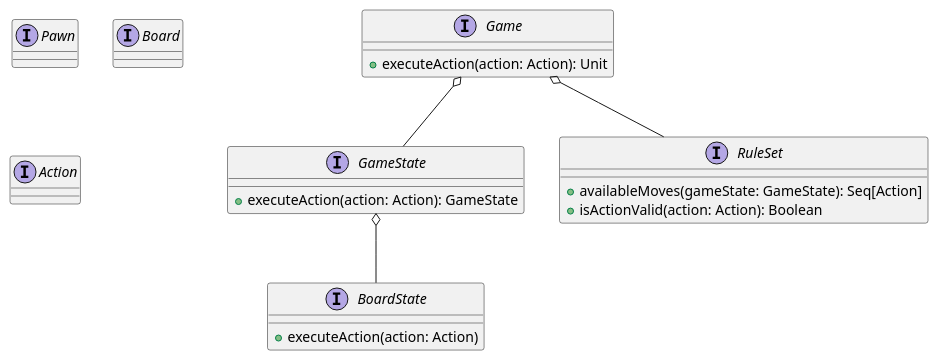
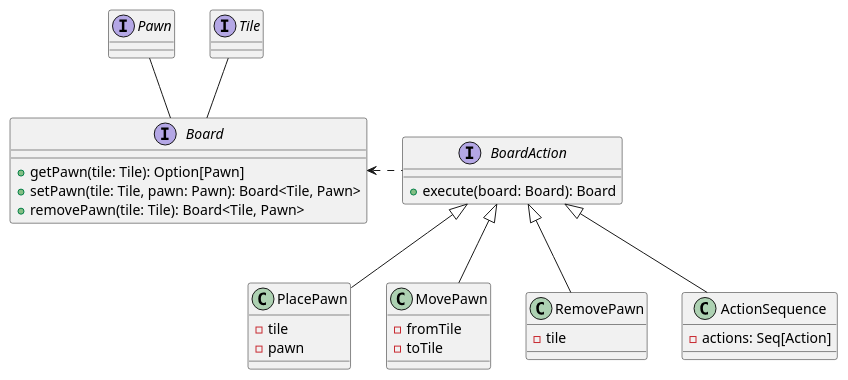
The diagram in doc/modeling/calss-diagram.plantuml (francescodente/PPS-19-s-bags), drawn with PlantUML before and after one commit. The commit also changed 1 other file, not shown here.

Commit message:
docs: improve uml class diagram

```diff
--- a/doc/modeling/calss-diagram.plantuml
+++ b/doc/modeling/calss-diagram.plantuml
@@ -1,30 +1,45 @@
 @startuml sbags-class
 
 interface Pawn
 
-interface Board
+interface Tile
 
-interface Action
-
-interface BoardState {
-    +executeAction(action: Action)
+interface Board {
+    +getPawn(tile: Tile): Option[Pawn]
+    +setPawn(tile: Tile, pawn: Pawn): Board<Tile, Pawn>
+    +removePawn(tile: Tile): Board<Tile, Pawn>
 }
 
-interface GameState {
-    +executeAction(action: Action): GameState
+interface BoardAction {
+    +execute(board: Board): Board
 }
 
-interface RuleSet {
-    +availableMoves(gameState: GameState): Seq[Action]
-    +isActionValid(action: Action): Boolean
+class PlacePawn {
+    -tile
+    -pawn
 }
 
-interface Game {
-    +executeAction(action: Action): Unit
+class MovePawn {
+    -fromTile
+    -toTile
 }
 
-GameState o-- BoardState
-Game o-- GameState
-Game o-- RuleSet
+class RemovePawn {
+    -tile
+}
+
+class ActionSequence {
+    -actions: Seq[Action]
+}
+
+Pawn -- Board
+Tile -- Board
+
+BoardAction <|-- MovePawn
+BoardAction <|-- RemovePawn
+BoardAction <|-- PlacePawn
+BoardAction <|-- ActionSequence
+
+BoardAction .left.> Board
 
 @enduml
```
